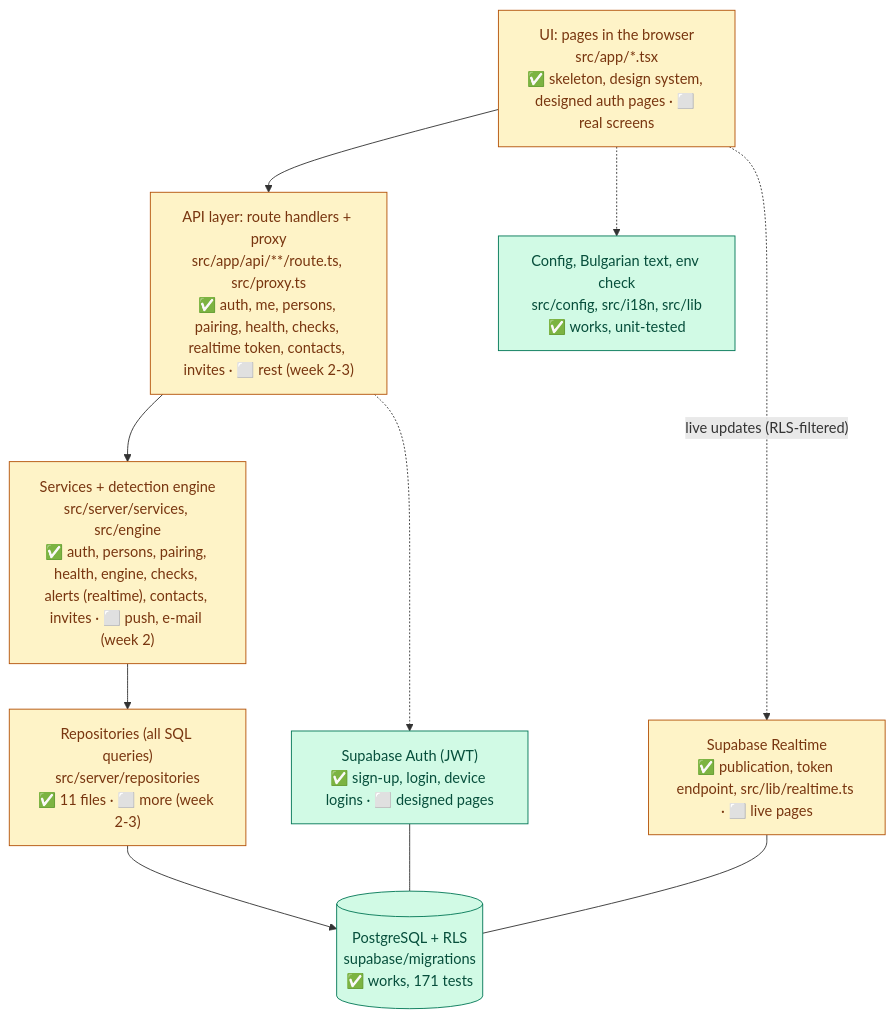
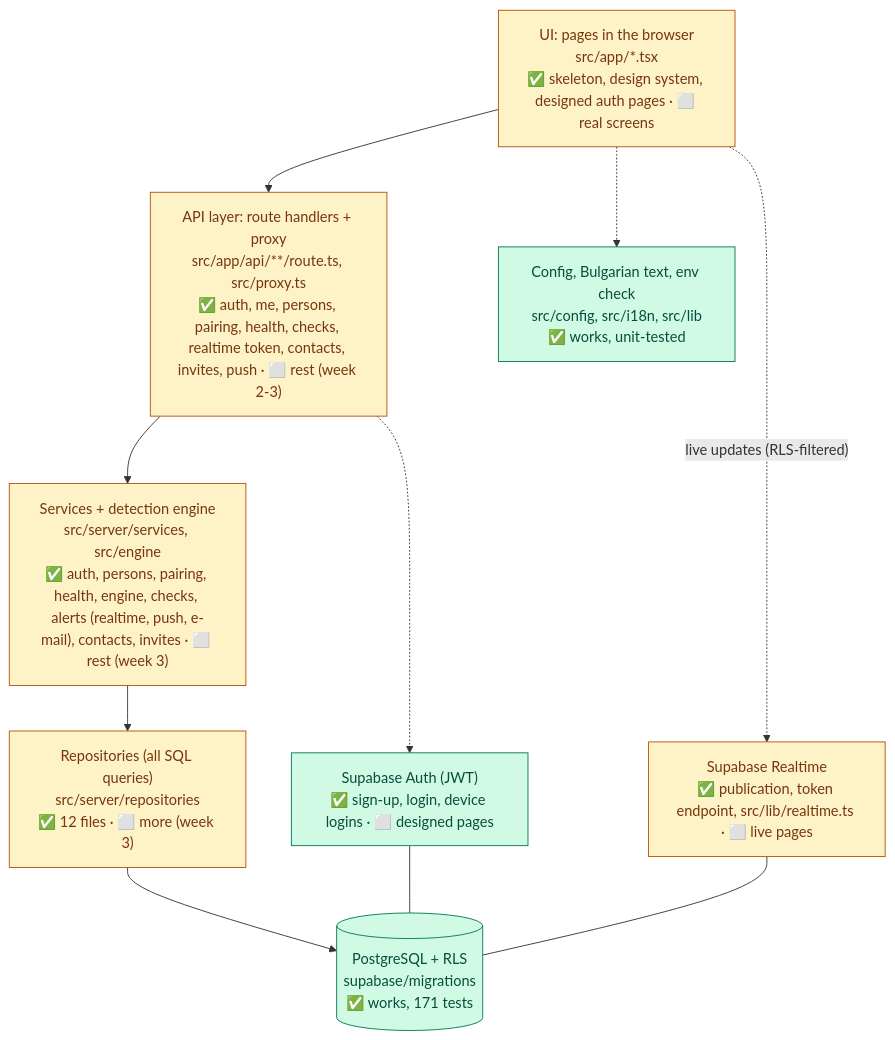
One commit to AVGe0rgiev23/Scamly changed the diagram in docs/HOW_IT_WORKS.md. Above: the diagram before and after it, drawn with Mermaid. The commit also changed other lines of this file and 42 other files, not shown here.

Commit message:
Add Week 2 notifications: web push and e-mail alerts, safe fallback for optional settings

````diff
--- a/docs/HOW_IT_WORKS.md
+++ b/docs/HOW_IT_WORKS.md
@@ -38,24 +38,24 @@
 ```mermaid
 flowchart TB
   UI["UI: pages in the browser<br/>src/app/*.tsx<br/>✅ skeleton, design system, designed auth pages · ⬜ real screens"]
-  API["API layer: route handlers + proxy<br/>src/app/api/**/route.ts, src/proxy.ts<br/>✅ auth, me, persons, pairing, health, checks, realtime token, contacts, invites · ⬜ rest (week 2-3)"]
-  SVC["Services + detection engine<br/>src/server/services, src/engine<br/>✅ auth, persons, pairing, health, engine, checks, alerts (realtime), contacts, invites · ⬜ push, e-mail (week 2)"]
-  REPO["Repositories (all SQL queries)<br/>src/server/repositories<br/>✅ 11 files · ⬜ more (week 2-3)"]
+  API["API layer: route handlers + proxy<br/>src/app/api/**/route.ts, src/proxy.ts<br/>✅ auth, me, persons, pairing, health, checks, realtime token, contacts, invites, push · ⬜ rest (week 2-3)"]
+  SVC["Services + detection engine<br/>src/server/services, src/engine<br/>✅ auth, persons, pairing, health, engine, checks, alerts (realtime, push, e-mail), contacts, invites · ⬜ rest (week 3)"]
+  REPO["Repositories (all SQL queries)<br/>src/server/repositories<br/>✅ 12 files · ⬜ more (week 3)"]
   PG[("PostgreSQL + RLS<br/>supabase/migrations<br/>✅ works, 171 tests")]
   AUTH["Supabase Auth (JWT)<br/>✅ sign-up, login, device logins · ⬜ designed pages"]
   RT["Supabase Realtime<br/>✅ publication, token endpoint, src/lib/realtime.ts · ⬜ live pages"]
   CFG["Config, Bulgarian text, env check<br/>src/config, src/i18n, src/lib<br/>✅ works, unit-tested"]
 
   UI --> API --> SVC --> REPO --> PG
   UI -.-> CFG
   API -.-> AUTH
   AUTH --- PG
   RT --- PG
   UI -. "live updates (RLS-filtered)" .-> RT
 
   classDef done fill:#d1fae5,stroke:#047857,color:#064e3b
   classDef planned fill:#f3f4f6,stroke:#6b7280,stroke-dasharray:5 5,color:#374151
   classDef partly fill:#fef3c7,stroke:#b45309,color:#78350f
   class PG,CFG,AUTH done
   class UI,API,SVC,REPO,RT partly
 ```
````
